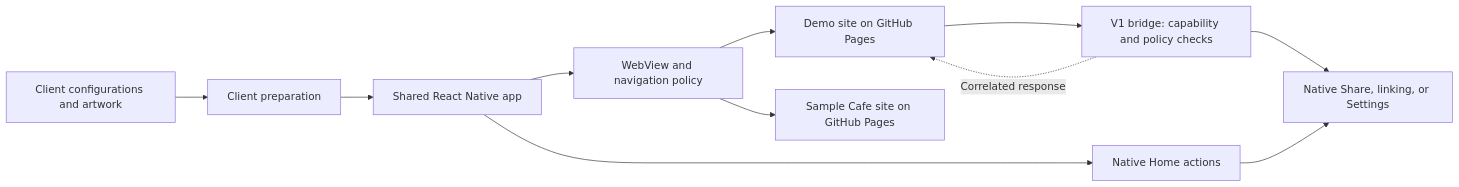
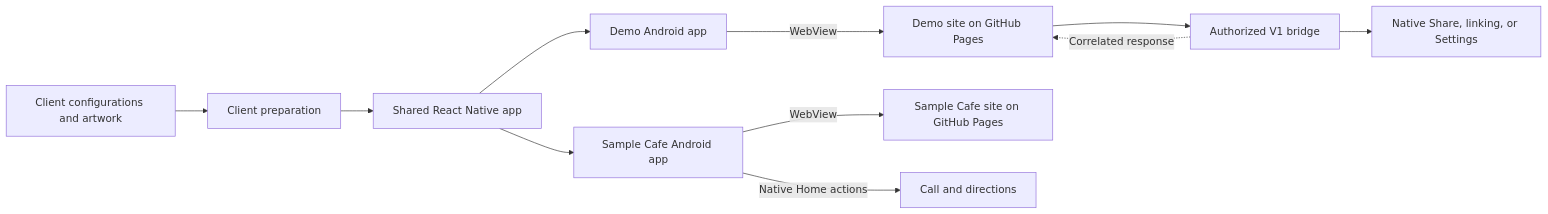
One commit to DaCodaHUB/WhiteLabelApp changed the diagram in README.md. Above: the diagram before and after it, drawn with Mermaid. The commit also changed other lines of this file, not shown here.

````diff
--- a/README.md
+++ b/README.md
@@ -34,13 +22,13 @@
 ```mermaid
 flowchart LR
     Config["Client configurations and artwork"] --> Prepare["Client preparation"]
     Prepare --> App["Shared React Native app"]
-    App --> WebView["WebView and navigation policy"]
-    WebView --> Demo["Demo site on GitHub Pages"]
-    WebView --> Cafe["Sample Cafe site on GitHub Pages"]
-    Demo --> Bridge["V1 bridge: capability and policy checks"]
+    App --> DemoApp["Demo Android app"]
+    App --> CafeApp["Sample Cafe Android app"]
+    DemoApp -->|WebView| Demo["Demo site on GitHub Pages"]
+    CafeApp -->|WebView| Cafe["Sample Cafe site on GitHub Pages"]
+    Demo --> Bridge["Authorized V1 bridge"]
     Bridge --> Native["Native Share, linking, or Settings"]
     Bridge -.->|Correlated response| Demo
-    App --> Actions["Native Home actions"]
-    Actions --> Native
+    CafeApp -->|Native Home actions| CafeNative["Call and directions"]
 ```
````
